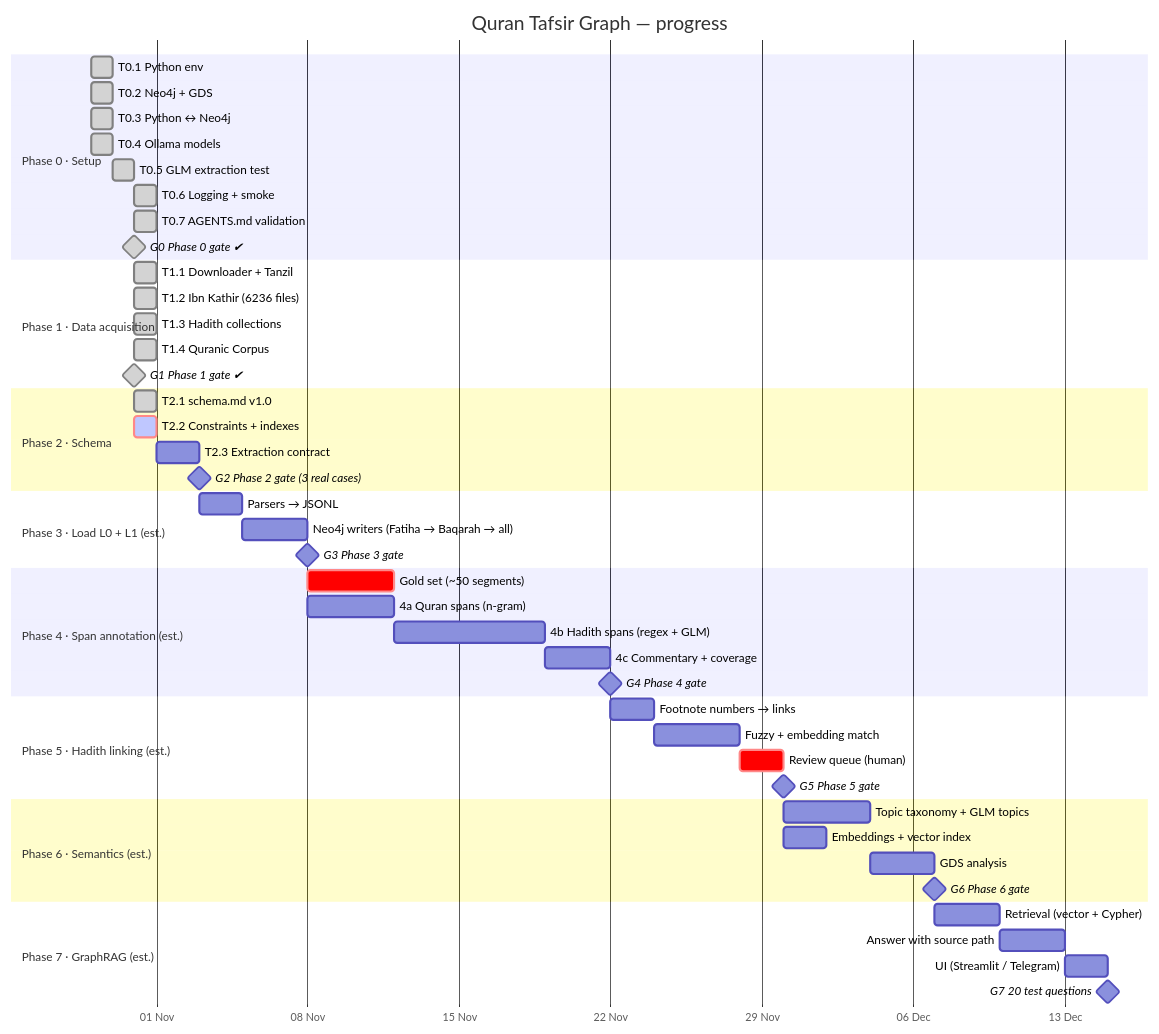
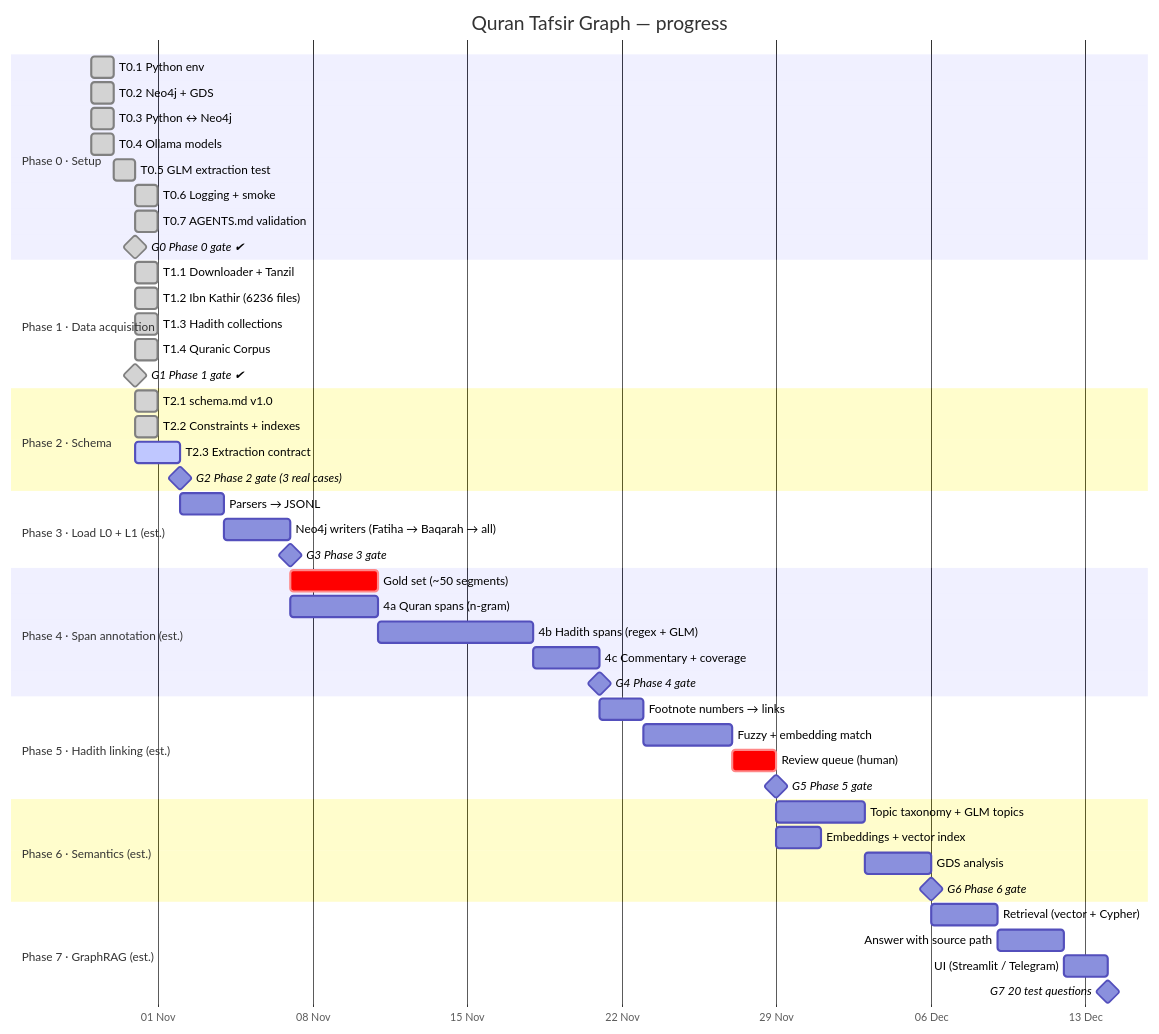
One commit to mohamed-soubhi/quran-graph changed the diagram in docs/GANTT.md. Above: the diagram before and after it, drawn with Mermaid. The commit also changed other lines of this file and 4 other files, not shown here.

First line of the commit message:
T2.3: extraction contract (anchors) + ticket; T2.2 approved; record interface ideas

````diff
--- a/docs/GANTT.md
+++ b/docs/GANTT.md
@@ -9,60 +9,60 @@
 ```mermaid
 gantt
     title Quran Tafsir Graph — progress
     dateFormat YYYY-MM-DD
     axisFormat %d %b
     todayMarker stroke-width:3px,stroke:#d33
 
     section Phase 0 · Setup
     T0.1 Python env                 :done, t01, 2026-10-29, 1d
     T0.2 Neo4j + GDS                :done, t02, 2026-10-29, 1d
     T0.3 Python ↔ Neo4j             :done, t03, 2026-10-29, 1d
     T0.4 Ollama models              :done, t04, 2026-10-29, 1d
     T0.5 GLM extraction test        :done, t05, 2026-10-30, 1d
     T0.6 Logging + smoke            :done, t06, 2026-10-31, 1d
     T0.7 AGENTS.md validation       :done, t07, 2026-10-31, 1d
     G0 Phase 0 gate ✔               :milestone, done, g0, 2026-10-31, 0d
 
     section Phase 1 · Data acquisition
     T1.1 Downloader + Tanzil        :done, t11, 2026-10-31, 1d
     T1.2 Ibn Kathir (6236 files)    :done, t12, 2026-10-31, 1d
     T1.3 Hadith collections         :done, t13, 2026-10-31, 1d
     T1.4 Quranic Corpus            :done, t14, 2026-10-31, 1d
     G1 Phase 1 gate ✔               :milestone, done, g1, 2026-10-31, 0d
 
     section Phase 2 · Schema
     T2.1 schema.md v1.0            :done, t21, 2026-10-31, 1d
-    T2.2 Constraints + indexes      :crit, active, t22, 2026-10-31, 1d
-    T2.3 Extraction contract        :t23, after t21, 2d
+    T2.2 Constraints + indexes      :done, t22, 2026-10-31, 1d
+    T2.3 Extraction contract        :active, t23, 2026-10-31, 2d
     G2 Phase 2 gate (3 real cases)  :milestone, g2, after t23, 0d
 
     section Phase 3 · Load L0 + L1 (est.)
     Parsers → JSONL                 :p3a, after g2, 2d
     Neo4j writers (Fatiha → Baqarah → all) :p3b, after p3a, 3d
     G3 Phase 3 gate                 :milestone, g3, after p3b, 0d
 
     section Phase 4 · Span annotation (est.)
     Gold set (~50 segments)         :crit, p4g, after g3, 4d
     4a Quran spans (n-gram)         :p4a, after g3, 4d
     4b Hadith spans (regex + GLM)   :p4b, after p4a, 7d
     4c Commentary + coverage        :p4c, after p4b, 3d
     G4 Phase 4 gate                 :milestone, g4, after p4c, 0d
 
     section Phase 5 · Hadith linking (est.)
     Footnote numbers → links        :p5a, after g4, 2d
     Fuzzy + embedding match         :p5b, after p5a, 4d
     Review queue (human)            :crit, p5c, after p5b, 2d
     G5 Phase 5 gate                 :milestone, g5, after p5c, 0d
 
     section Phase 6 · Semantics (est.)
     Topic taxonomy + GLM topics     :p6a, after g5, 4d
     Embeddings + vector index       :p6b, after g5, 2d
     GDS analysis                    :p6c, after p6a, 3d
     G6 Phase 6 gate                 :milestone, g6, after p6c, 0d
 
     section Phase 7 · GraphRAG (est.)
     Retrieval (vector + Cypher)     :p7a, after g6, 3d
     Answer with source path         :p7b, after p7a, 3d
     UI (Streamlit / Telegram)       :p7c, after p7b, 2d
     G7 20 test questions            :milestone, g7, after p7c, 0d
 ```
````
